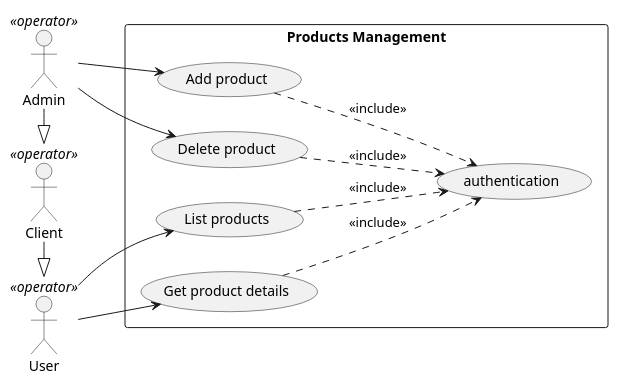
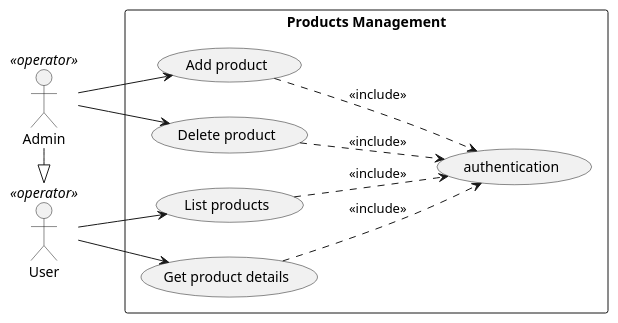
Before and after one commit to Xwyk/BileMo: the diagram in diagrams/UseCases/UseCase_ProductsManagement.puml, drawn with PlantUML. The commit also changed 13 other files, not shown here.

```diff
--- a/diagrams/UseCases/UseCase_ProductsManagement.puml
+++ b/diagrams/UseCases/UseCase_ProductsManagement.puml
@@ -1,28 +1,26 @@
 @startuml
 left to right direction
 User    <<operator>> as user
-Client    <<operator>> as client
 Admin    <<operator>> as admin
 
 
 rectangle "Products Management" {
   (List products) as listProducts
   (Add product) as addProduct
   (Delete product) as delProduct
   (Get product details) as getDetails
   (authentication) as auth
 }
 
 user --> listProducts
 user --> getDetails
 admin --> addProduct
 admin --> delProduct
 
 listProducts ..> auth : <<include>>
 getDetails ..> auth : <<include>>
 addProduct ..> auth : <<include>>
 delProduct ..> auth : <<include>>
 
-admin -|> client
-client -|> user
+admin -|> user
 @enduml
```
